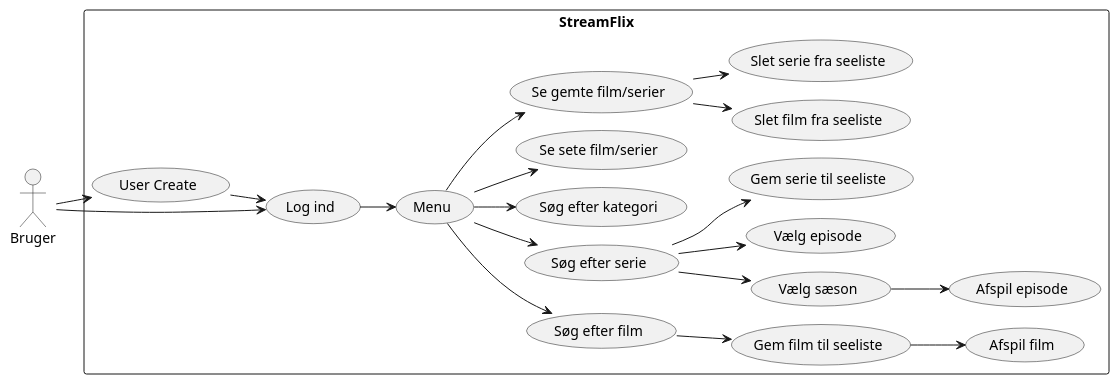
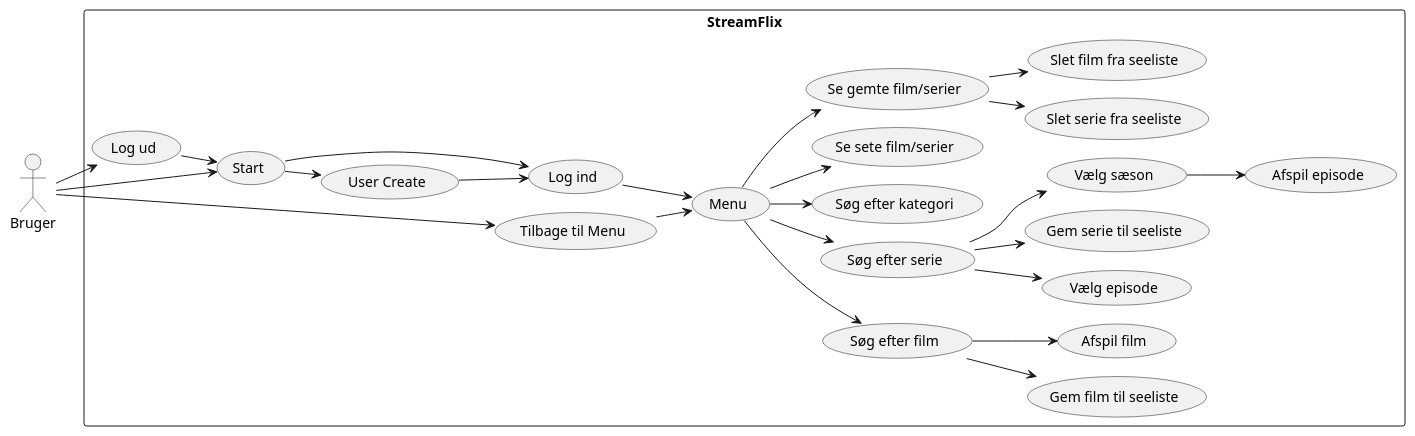
Before and after one commit to daud0095/DAT-1.-semester---SP3-en-streamingtjeneste: the diagram in doc/dynamic/Use Case.puml, drawn with PlantUML.

```diff
--- a/doc/dynamic/Use Case.puml
+++ b/doc/dynamic/Use Case.puml
@@ -1,56 +1,67 @@
 @startuml
 !pragma layout smetana
 
 left to right direction
 
 actor Bruger as u
 
 rectangle StreamFlix {
 
   usecase "User Create" as UC1
   usecase "Log ind" as UC2
 
   usecase "Søg efter film" as UC3
   usecase "Søg efter serie" as UC4
   usecase "Søg efter kategori" as UC5
   usecase "Se sete film/serier" as UC6
   usecase "Se gemte film/serier" as UC7
 
   usecase "Afspil film" as UC8
   usecase "Gem film til seeliste" as UC9
   usecase "Slet film fra seeliste" as UC10
 
   usecase "Afspil episode" as UC11
   usecase "Vælg sæson" as UC12
   usecase "Vælg episode" as UC13
   usecase "Gem serie til seeliste" as UC14
   usecase "Slet serie fra seeliste" as UC15
 
   usecase "Menu" as UC16
+  usecase "Tilbage til Menu" as UC17
+  usecase "Log ud" as UC18
+  usecase "Start" as UC19
 
 }
 
 ' Brugeren starter disse selv
-u --> UC1
-u --> UC2
+u --> UC19
+UC19 --> UC1
+UC19 --> UC2
 UC2 --> UC16
 UC1 --> UC2
 UC16 --> UC3
 UC16 --> UC4
 UC16 --> UC5
 UC16 --> UC6
 UC16 --> UC7
 UC4 --> UC12
 UC4 --> UC13
 UC3 --> UC9
 UC7 --> UC10
 UC12 --> UC11
 UC4 --> UC14
 UC7 --> UC15
-UC9 --> UC8
+UC3 --> UC8
+
+' Knapper man altid kan tilgås
+UC17 --> UC16
+UC18 --> UC19
+u --> UC17
+u --> UC18
+
 
 }
 
 
 
 @enduml
```
